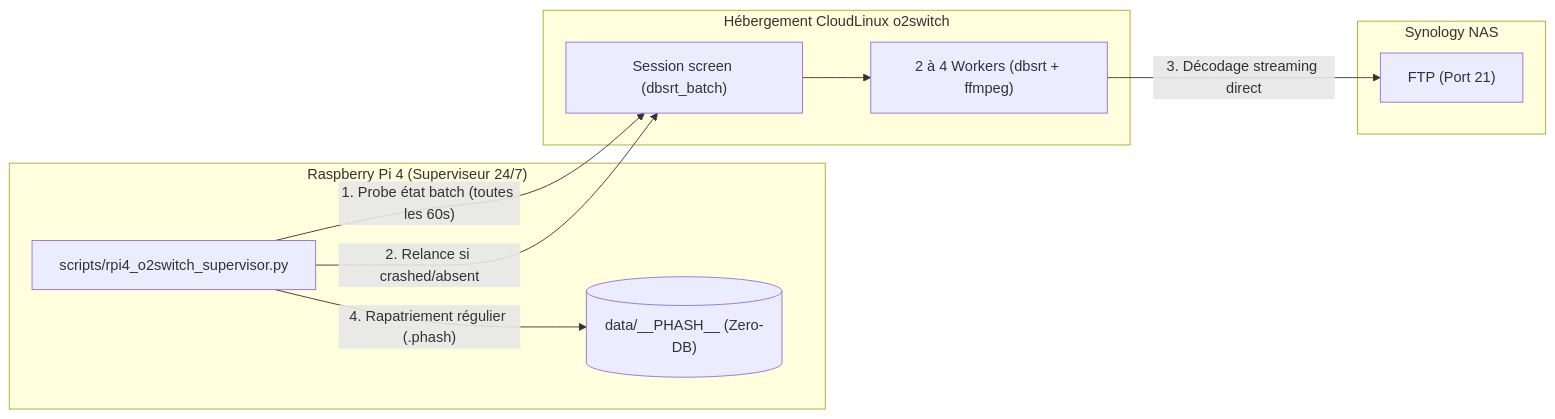
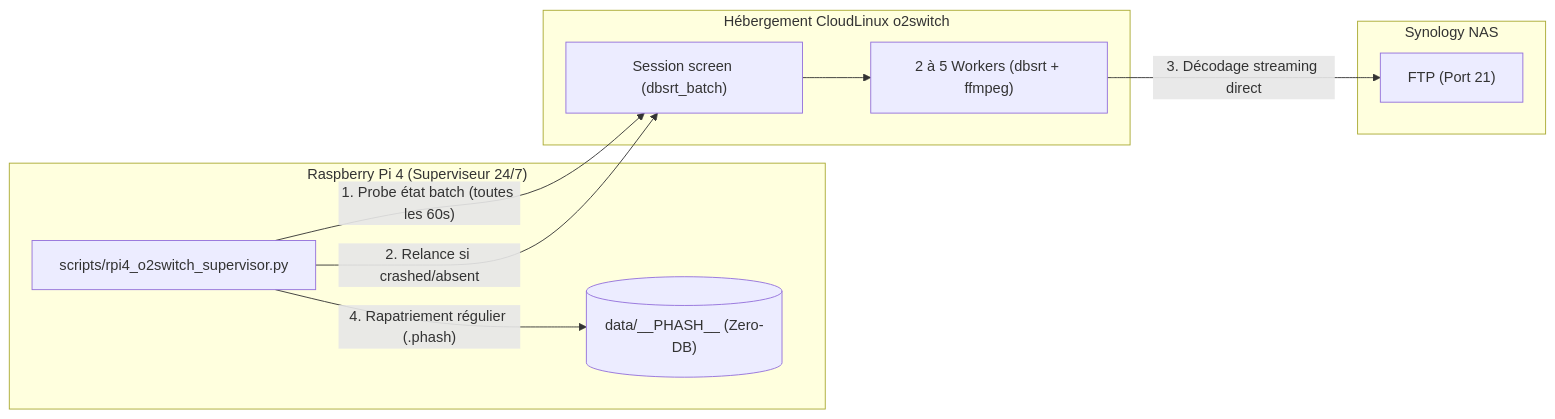
The first of 2 diagrams in docs/how-to/superviser-batch-o2switch-depuis-rpi4.md (yoyonel/pydbsrt), drawn with Mermaid before and after one commit. The commit also changed other lines of this file and 5 other files, not shown here.

````diff
--- a/docs/how-to/superviser-batch-o2switch-depuis-rpi4.md
+++ b/docs/how-to/superviser-batch-o2switch-depuis-rpi4.md
@@ -18,22 +18,22 @@
 ```mermaid
 flowchart LR
     subgraph RPi4["Raspberry Pi 4 (Superviseur 24/7)"]
         WATCH["scripts/rpi4_o2switch_supervisor.py"]
         LOCAL_CAT[("data/__PHASH__ (Zero-DB)")]
     end
 
     subgraph O2["Hébergement CloudLinux o2switch"]
         SCREEN["Session screen (dbsrt_batch)"]
-        WORKERS["2 à 4 Workers (dbsrt + ffmpeg)"]
+        WORKERS["2 à 5 Workers (dbsrt + ffmpeg)"]
     end
 
     subgraph NAS["Synology NAS"]
         FTP["FTP (Port 21)"]
     end
 
     WATCH -->|"1. Probe état batch (toutes les 60s)"| SCREEN
     WATCH -->|"2. Relance si crashed/absent"| SCREEN
     SCREEN --> WORKERS
     WORKERS -->|"3. Décodage streaming direct"| FTP
     WATCH -->|"4. Rapatriement régulier (.phash)"| LOCAL_CAT
 ```
````
